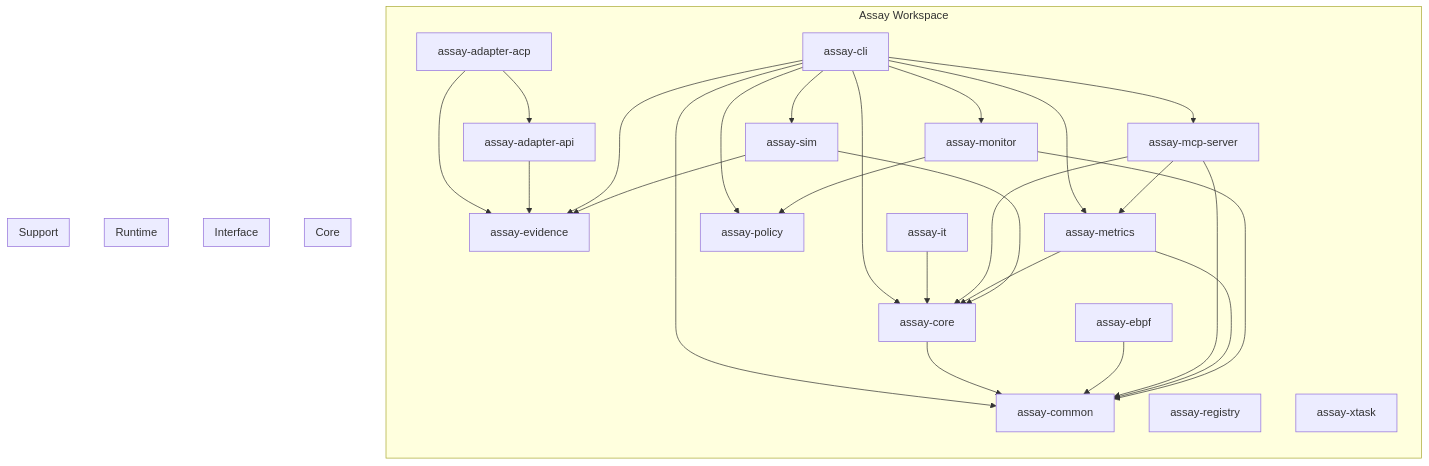
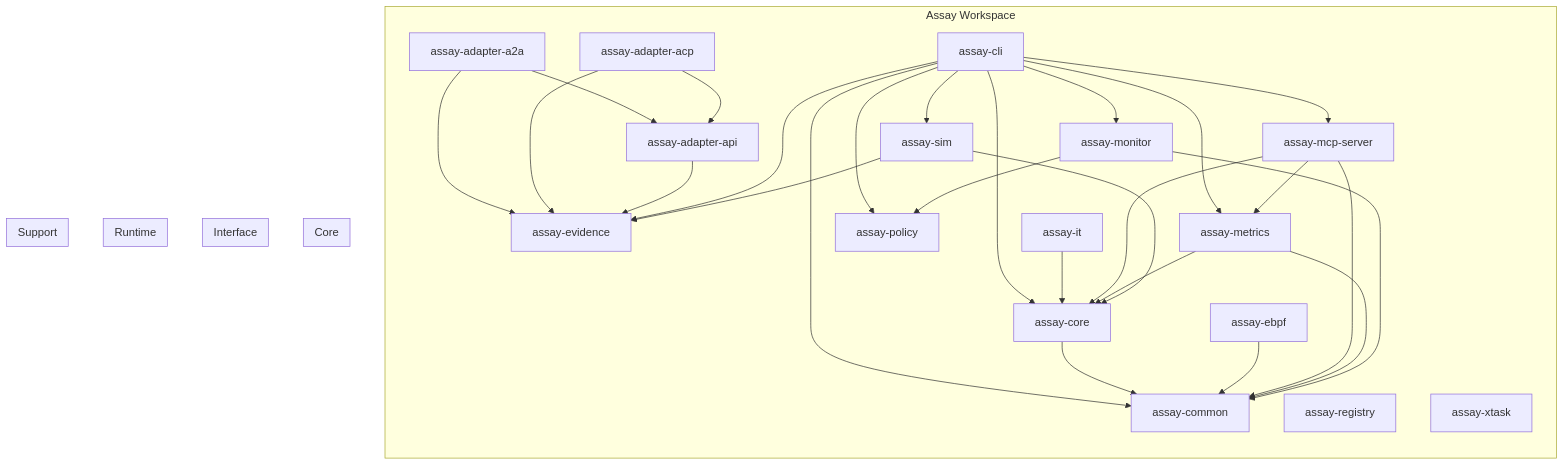
Before and after one commit to Rul1an/assay: the diagram in docs/generated/crate-deps.mermaid, drawn with Mermaid. The commit also changed 2 other files, not shown here.

Commit message:
docs: auto-update diagrams and crate info

```diff
--- a/docs/generated/crate-deps.mermaid
+++ b/docs/generated/crate-deps.mermaid
@@ -1,68 +1,71 @@
 flowchart TB
     subgraph workspace["Assay Workspace"]
         direction TB
+        assay_adapter_a2a["assay-adapter-a2a"]
         assay_adapter_acp["assay-adapter-acp"]
         assay_adapter_api["assay-adapter-api"]
         assay_cli["assay-cli"]
         assay_common["assay-common"]
         assay_core["assay-core"]
         assay_ebpf["assay-ebpf"]
         assay_evidence["assay-evidence"]
         assay_it["assay-it"]
         assay_mcp_server["assay-mcp-server"]
         assay_metrics["assay-metrics"]
         assay_monitor["assay-monitor"]
         assay_policy["assay-policy"]
         assay_registry["assay-registry"]
         assay_sim["assay-sim"]
         assay_xtask["assay-xtask"]
     end
 
+    assay_adapter_a2a --> assay_adapter_api
+    assay_adapter_a2a --> assay_evidence
     assay_adapter_acp --> assay_adapter_api
     assay_adapter_acp --> assay_evidence
     assay_adapter_api --> assay_evidence
     assay_cli --> assay_common
     assay_cli --> assay_core
     assay_cli --> assay_evidence
     assay_cli --> assay_mcp_server
     assay_cli --> assay_metrics
     assay_cli --> assay_monitor
     assay_cli --> assay_policy
     assay_cli --> assay_sim
     assay_core --> assay_common
     assay_ebpf --> assay_common
     assay_it --> assay_core
     assay_mcp_server --> assay_common
     assay_mcp_server --> assay_core
     assay_mcp_server --> assay_metrics
     assay_metrics --> assay_common
     assay_metrics --> assay_core
     assay_monitor --> assay_common
     assay_monitor --> assay_policy
     assay_sim --> assay_core
     assay_sim --> assay_evidence
 
     %% Logical groupings for readability
     subgraph core["Core"]
         assay_core
         assay_metrics
         assay_policy
         assay_evidence
         assay_common
     end
 
     subgraph interface["Interface"]
         assay_cli
         assay_mcp_server
     end
 
     subgraph runtime["Runtime"]
         assay_monitor
         assay_ebpf
     end
 
     subgraph support["Support"]
         assay_sim
         assay_xtask
         assay_registry
     end
```
